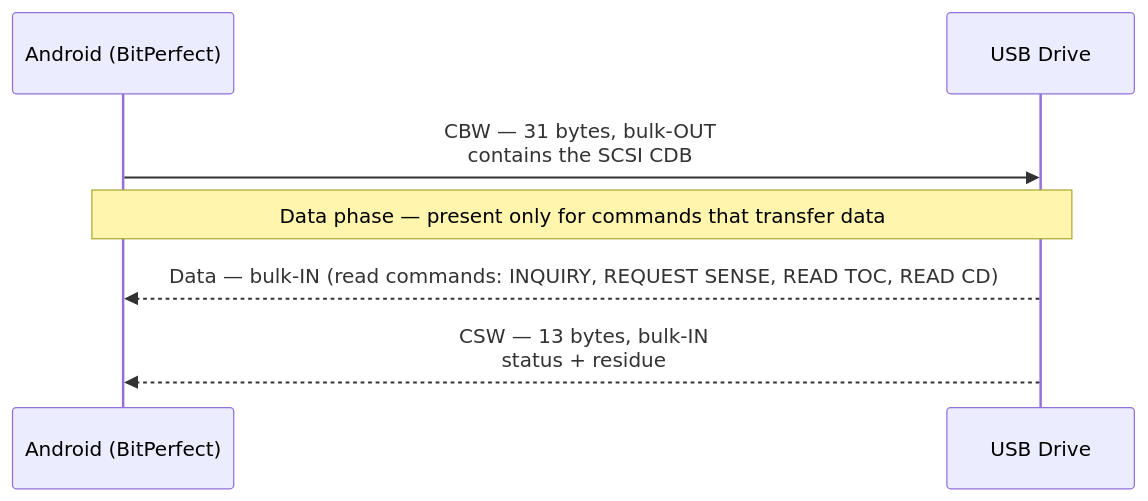
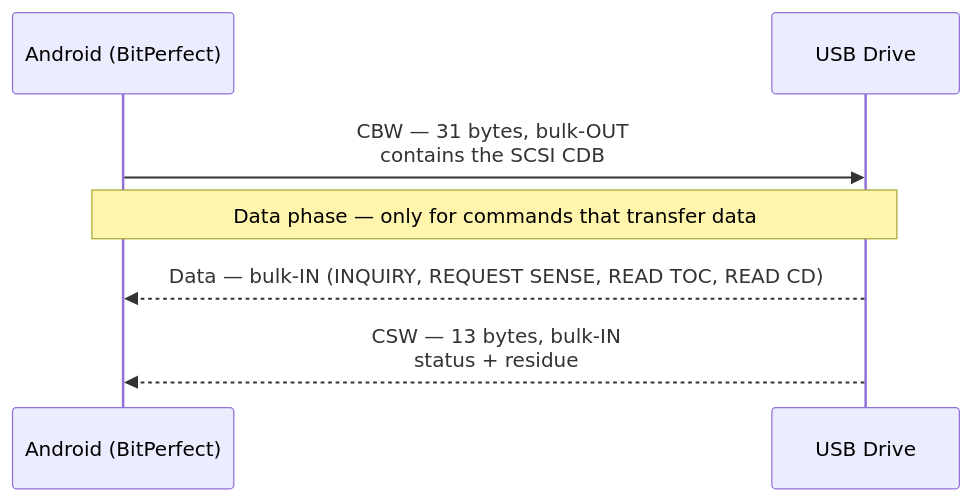
Before and after one commit to steve-keep/BitPerfect: the first of 6 diagrams in docs/usb/SCSI.md, drawn with Mermaid. The commit also changed other lines of this file, not shown here.

````diff
--- a/docs/usb/SCSI.md
+++ b/docs/usb/SCSI.md
@@ -22,10 +37,10 @@
 ```mermaid
 sequenceDiagram
     participant A as Android (BitPerfect)
     participant D as USB Drive
 
     A->>D: CBW — 31 bytes, bulk-OUT<br/>contains the SCSI CDB
-    note over A,D: Data phase — present only for commands that transfer data
-    D-->>A: Data — bulk-IN (read commands: INQUIRY, REQUEST SENSE, READ TOC, READ CD)
+    note over A,D: Data phase — only for commands that transfer data
+    D-->>A: Data — bulk-IN (INQUIRY, REQUEST SENSE, READ TOC, READ CD)
     D-->>A: CSW — 13 bytes, bulk-IN<br/>status + residue
 ```
````
